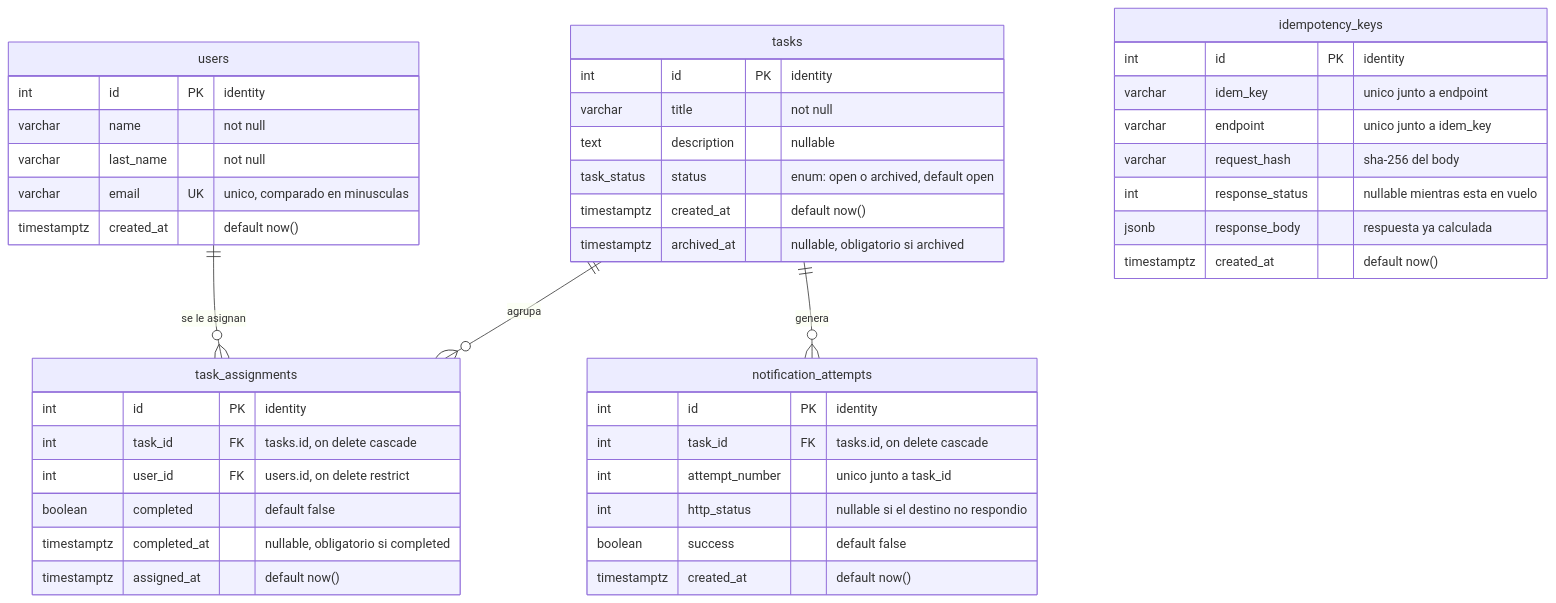
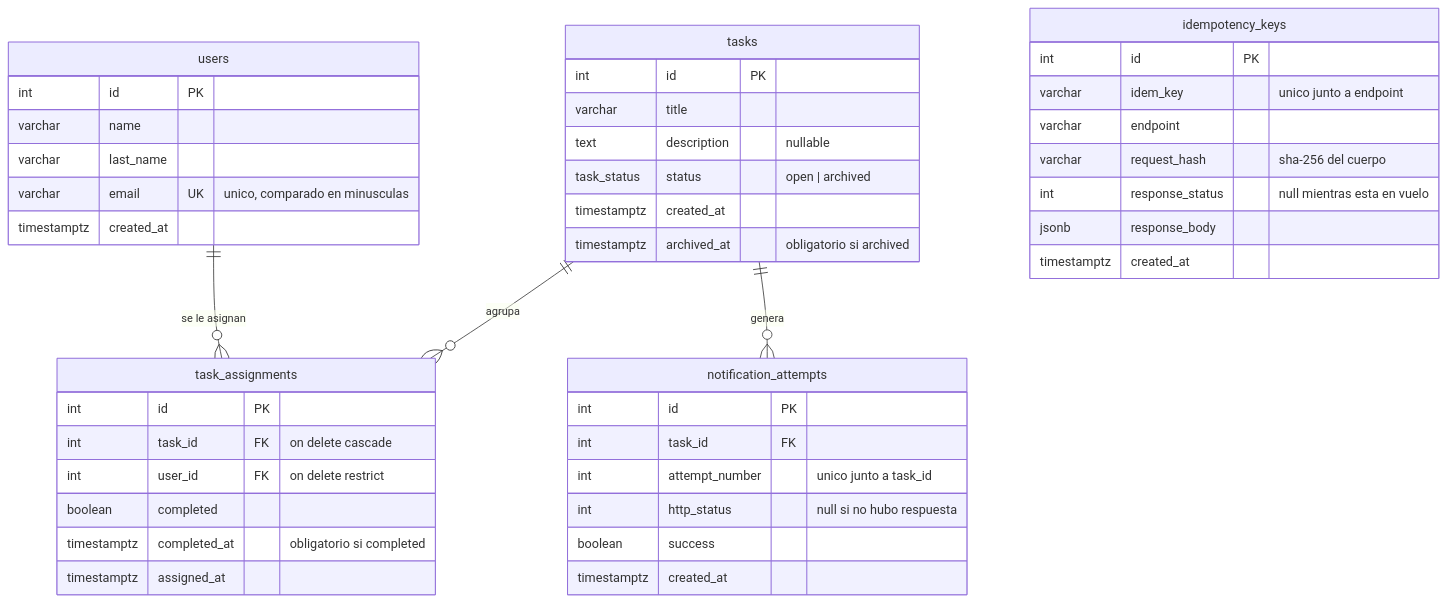
Before and after one commit to MarioGaytan/Reto_Backend_Geest: the diagram in README.md, drawn with Mermaid. The commit also changed other lines of this file, not shown here.

````diff
--- a/README.md
+++ b/README.md
@@ -107,51 +65,47 @@
 ```mermaid
 erDiagram
     users ||--o{ task_assignments : "se le asignan"
     tasks ||--o{ task_assignments : "agrupa"
     tasks ||--o{ notification_attempts : "genera"
 
     users {
-        int id PK "identity"
-        varchar name "not null"
-        varchar last_name "not null"
+        int id PK
+        varchar name
+        varchar last_name
         varchar email UK "unico, comparado en minusculas"
-        timestamptz created_at "default now()"
+        timestamptz created_at
     }
-
     tasks {
-        int id PK "identity"
-        varchar title "not null"
+        int id PK
+        varchar title
         text description "nullable"
-        task_status status "enum: open o archived, default open"
-        timestamptz created_at "default now()"
-        timestamptz archived_at "nullable, obligatorio si archived"
+        task_status status "open | archived"
+        timestamptz created_at
+        timestamptz archived_at "obligatorio si archived"
     }
-
     task_assignments {
-        int id PK "identity"
-        int task_id FK "tasks.id, on delete cascade"
-        int user_id FK "users.id, on delete restrict"
-        boolean completed "default false"
-        timestamptz completed_at "nullable, obligatorio si completed"
-        timestamptz assigned_at "default now()"
+        int id PK
+        int task_id FK "on delete cascade"
+        int user_id FK "on delete restrict"
+        boolean completed
+        timestamptz completed_at "obligatorio si completed"
+        timestamptz assigned_at
     }
-
     notification_attempts {
-        int id PK "identity"
-        int task_id FK "tasks.id, on delete cascade"
+        int id PK
+        int task_id FK
         int attempt_number "unico junto a task_id"
-        int http_status "nullable si el destino no respondio"
-        boolean success "default false"
-        timestamptz created_at "default now()"
+        int http_status "null si no hubo respuesta"
+        boolean success
+        timestamptz created_at
     }
-
     idempotency_keys {
-        int id PK "identity"
+        int id PK
         varchar idem_key "unico junto a endpoint"
-        varchar endpoint "unico junto a idem_key"
-        varchar request_hash "sha-256 del body"
-        int response_status "nullable mientras esta en vuelo"
-        jsonb response_body "respuesta ya calculada"
-        timestamptz created_at "default now()"
+        varchar endpoint
+        varchar request_hash "sha-256 del cuerpo"
+        int response_status "null mientras esta en vuelo"
+        jsonb response_body
+        timestamptz created_at
     }
 ```
````
